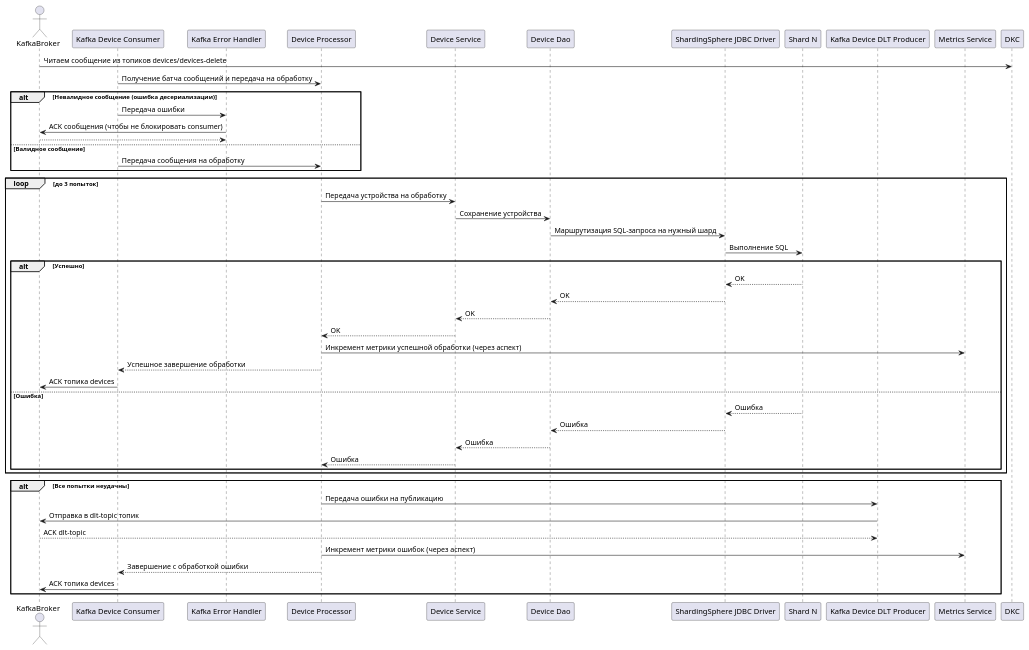
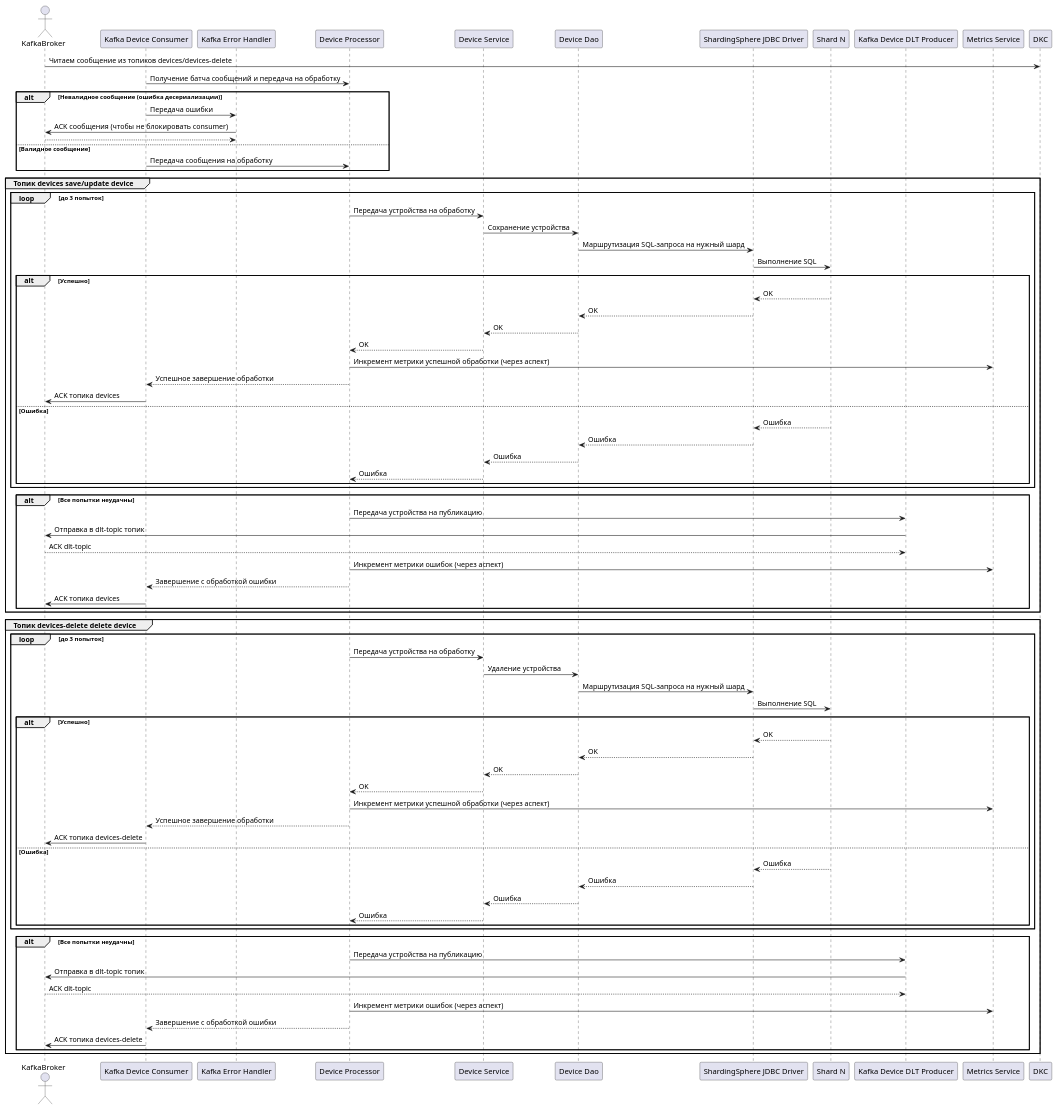
Before and after one commit to SinglePlayer56/iot: the diagram in device-collector/diagrams/sequence.puml, drawn with PlantUML. The commit also changed 4 other files, not shown here.

Commit message:
Add sequence diagram for device-service. Update diagrams.

```diff
--- a/device-collector/diagrams/sequence.puml
+++ b/device-collector/diagrams/sequence.puml
@@ -1,53 +1,87 @@
 @startuml
 actor KafkaBroker
 participant "Kafka Device Consumer" as KDC
 participant "Kafka Error Handler" as KEH
 participant "Device Processor" as DP
 participant "Device Service" as DCS
 participant "Device Dao" as DCR
 participant "ShardingSphere JDBC Driver" as SSJ
 participant "Shard N" as S
 participant "Kafka Device DLT Producer" as DLT
 participant "Metrics Service" as MS
 
 KafkaBroker -> DKC: Читаем сообщение из топиков devices/devices-delete
 KDC -> DP : Получение батча сообщений и передача на обработку
 
 alt Невалидное сообщение (ошибка десериализации)
     KDC -> KEH : Передача ошибки
     KEH -> KafkaBroker : ACK сообщения (чтобы не блокировать consumer)
     return
 else Валидное сообщение
     KDC -> DP : Передача сообщения на обработку
 end
 
-loop до 3 попыток
-    DP -> DCS : Передача устройства на обработку
-    DCS -> DCR : Сохранение устройства
-    DCR -> SSJ : Маршрутизация SQL-запроса на нужный шард
-    SSJ -> S : Выполнение SQL
-    alt Успешно
-        S --> SSJ : OK
-        SSJ --> DCR : OK
-        DCR --> DCS : OK
-        DCS --> DP : OK
-        DP -> MS : Инкремент метрики успешной обработки (через аспект)
-        DP --> KDC : Успешное завершение обработки
+group Топик devices save/update device
+    loop до 3 попыток
+        DP -> DCS : Передача устройства на обработку
+        DCS -> DCR : Сохранение устройства
+        DCR -> SSJ : Маршрутизация SQL-запроса на нужный шард
+        SSJ -> S : Выполнение SQL
+        alt Успешно
+            S --> SSJ : OK
+            SSJ --> DCR : OK
+            DCR --> DCS : OK
+            DCS --> DP : OK
+            DP -> MS : Инкремент метрики успешной обработки (через аспект)
+            DP --> KDC : Успешное завершение обработки
+            KDC -> KafkaBroker : ACK топика devices
+        else Ошибка
+            S --> SSJ : Ошибка
+            SSJ --> DCR : Ошибка
+            DCR --> DCS : Ошибка
+            DCS --> DP : Ошибка
+        end
+    end
+
+    alt Все попытки неудачны
+        DP -> DLT : Передача устройства на публикацию
+        DLT -> KafkaBroker : Отправка в dlt-topic топик
+        KafkaBroker --> DLT : ACK dlt-topic
+        DP -> MS : Инкремент метрики ошибок (через аспект)
+        DP --> KDC : Завершение с обработкой ошибки
         KDC -> KafkaBroker : ACK топика devices
-    else Ошибка
-        S --> SSJ : Ошибка
-        SSJ --> DCR : Ошибка
-        DCR --> DCS : Ошибка
-        DCS --> DP : Ошибка
     end
 end
 
-alt Все попытки неудачны
-    DP -> DLT : Передача ошибки на публикацию
-    DLT -> KafkaBroker : Отправка в dlt-topic топик
-    KafkaBroker --> DLT : ACK dlt-topic
-    DP -> MS : Инкремент метрики ошибок (через аспект)
-    DP --> KDC : Завершение с обработкой ошибки
-    KDC -> KafkaBroker : ACK топика devices
+group Топик devices-delete delete device
+    loop до 3 попыток
+        DP -> DCS : Передача устройства на обработку
+        DCS -> DCR : Удаление устройства
+        DCR -> SSJ : Маршрутизация SQL-запроса на нужный шард
+        SSJ -> S : Выполнение SQL
+        alt Успешно
+            S --> SSJ : OK
+            SSJ --> DCR : OK
+            DCR --> DCS : OK
+            DCS --> DP : OK
+            DP -> MS : Инкремент метрики успешной обработки (через аспект)
+            DP --> KDC : Успешное завершение обработки
+            KDC -> KafkaBroker : ACK топика devices-delete
+        else Ошибка
+            S --> SSJ : Ошибка
+            SSJ --> DCR : Ошибка
+            DCR --> DCS : Ошибка
+            DCS --> DP : Ошибка
+        end
+    end
+
+    alt Все попытки неудачны
+        DP -> DLT : Передача устройства на публикацию
+        DLT -> KafkaBroker : Отправка в dlt-topic топик
+        KafkaBroker --> DLT : ACK dlt-topic
+        DP -> MS : Инкремент метрики ошибок (через аспект)
+        DP --> KDC : Завершение с обработкой ошибки
+        KDC -> KafkaBroker : ACK топика devices-delete
+    end
 end
 @enduml
```
